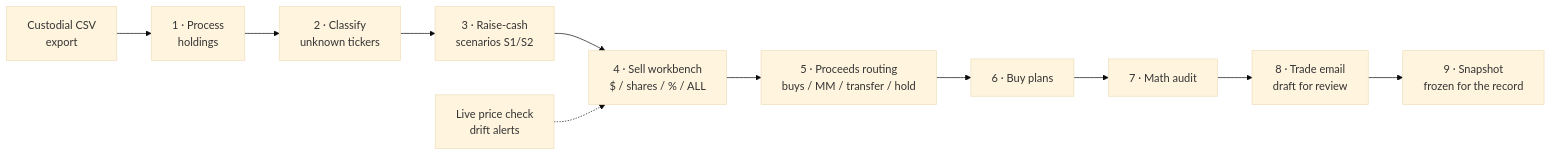
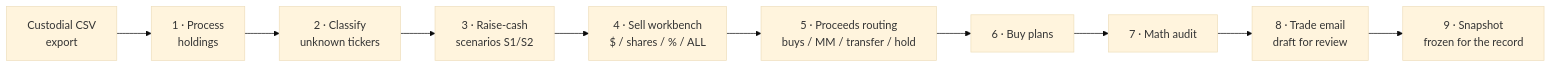
Before and after one commit to cmathew654-dot/trade-macro-pipeline: the diagram in README.md, drawn with Mermaid (base theme). The commit also changed other lines of this file and 12 other files, not shown here.

````diff
--- a/README.md
+++ b/README.md
@@ -17,13 +17,12 @@
 ```mermaid
 flowchart LR
     A["Custodial CSV<br/>export"] --> B["1 · Process<br/>holdings"]
     B --> C["2 · Classify<br/>unknown tickers"]
     C --> D["3 · Raise-cash<br/>scenarios S1/S2"]
     D --> E["4 · Sell workbench<br/>$ / shares / % / ALL"]
     E --> R["5 · Proceeds routing<br/>buys / MM / transfer / hold"]
     R --> F["6 · Buy plans"]
     F --> G["7 · Math audit"]
     G --> H["8 · Trade email<br/>draft for review"]
     H --> S["9 · Snapshot<br/>frozen for the record"]
-    P["Live price check<br/>drift alerts"] -.-> E
 ```
````
